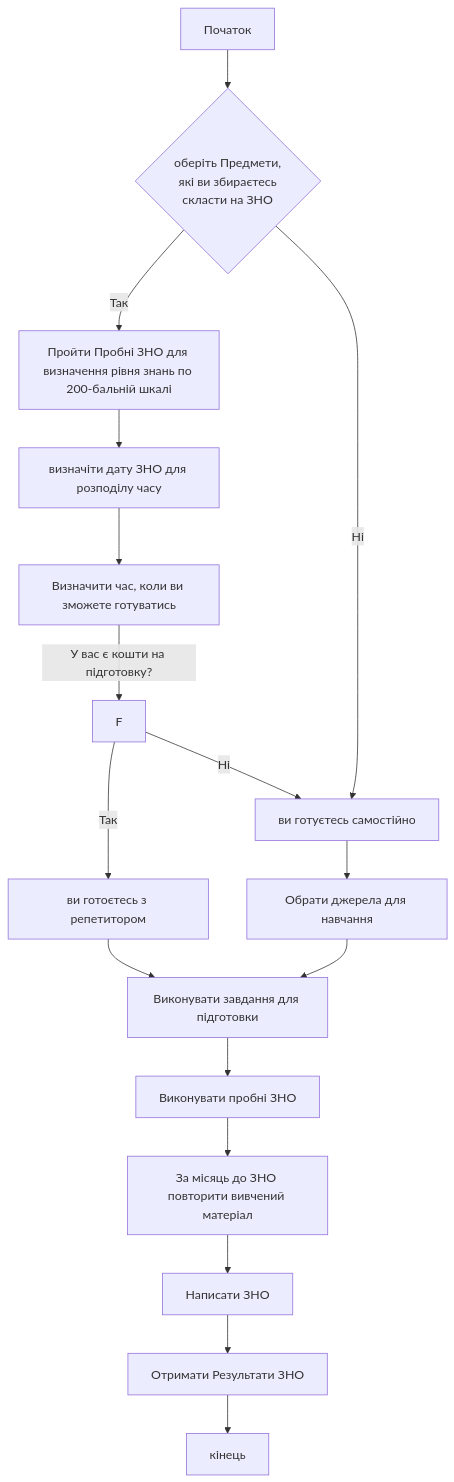
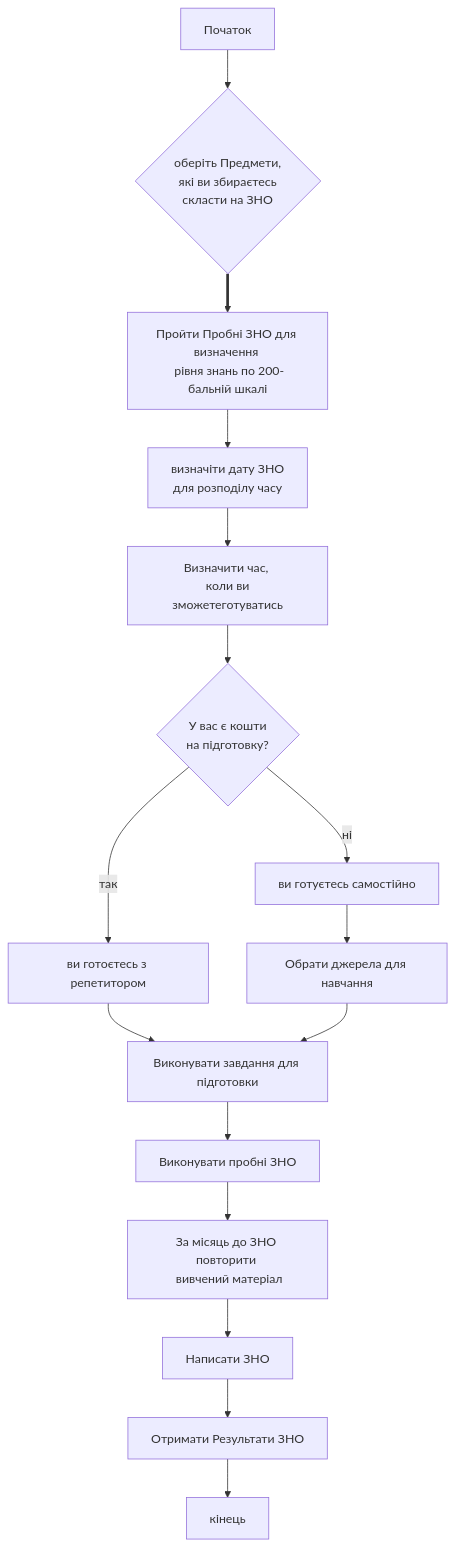
The diagram in README.md (zkhomer/lab_6), drawn with Mermaid before and after one commit.

Commit message:
work on draw io lab

````diff
--- a/README.md
+++ b/README.md
@@ -8,36 +8,19 @@
 ```mermaid
-graph TD;
-    A[Початок] -->B{оберіть Предмети,<br> які ви збираєтесь<br> скласти на ЗНО};
-
-    B -->|Так| C[Пройти Пробні ЗНО для визначення рівня знань по 200-бальній шкалі];
-
-    B -->|Ні| G[ви готуєтесь самостійно];
-
-    C --> D[визначіти дату ЗНО для розподілу часу];
-
-    D --> E[Визначити час, коли ви зможете готуватись];
-
-    E -->|У вас є кошти на підготовку?| F;
-
-    F -->|Так| I[ви готоєтесь з репетитором];
-
-    F -->|Ні| G;
-
+graph TD
+;
+    A[Початок] --> B{оберіть Предмети, <br> які ви збираєтесь <br> скласти на ЗНО};
+    B ==> C[Пройти Пробні ЗНО для визначення <br> рівня знань по 200-бальній шкалі];
+    C --> D[визначіти дату ЗНО <br> для розподілу часу];
+    D --> E[Визначити час, <br> коли ви зможетеготуватись];
+    E --> F{У вас є кошти <br> на підготовку?};
+    F -->|ні| G[ви готуєтесь самостійно];
+    G --> H[Обрати джерела для навчання];
+    F -->|так| I[ви готоєтесь з репетитором];
     I --> J[Виконувати завдання для підготовки];
-
-    G --> H[Обрати джерела для навчання];
-
     H --> J;
-
     J --> S[Виконувати пробні ЗНО];
-
-    S --> L[За місяць до ЗНО повторити вивчений матеріал];
-
-    L --> K[Написати ЗНО];
-
+    S --> L[За місяць до ЗНО повторити <br> вивчений матеріал];
+    L --> K[Написати ЗНО]; 
     K --> R[Отримати Результати ЗНО];
-
     R --> P[кінець];
-
-
 ```
````
